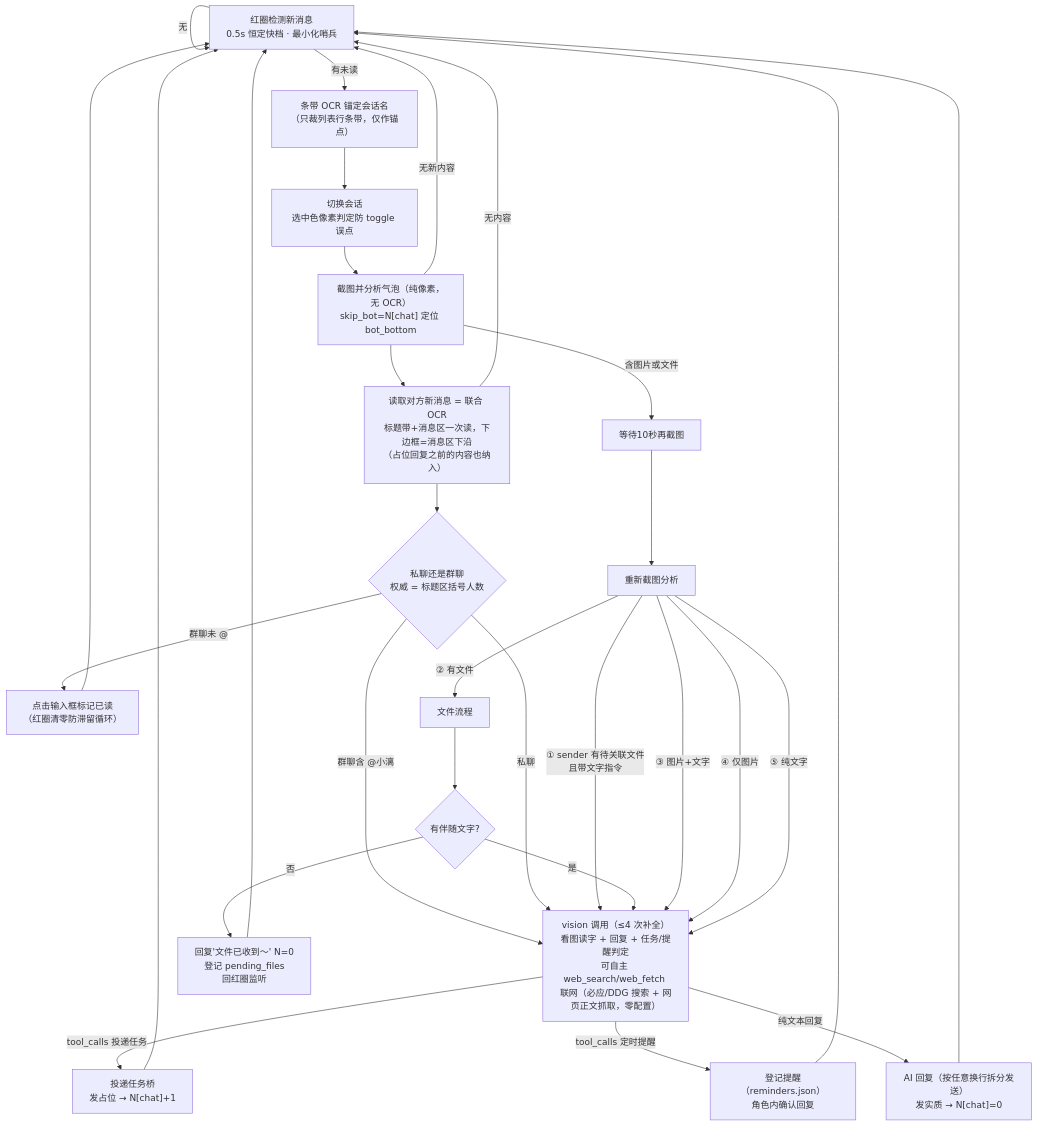
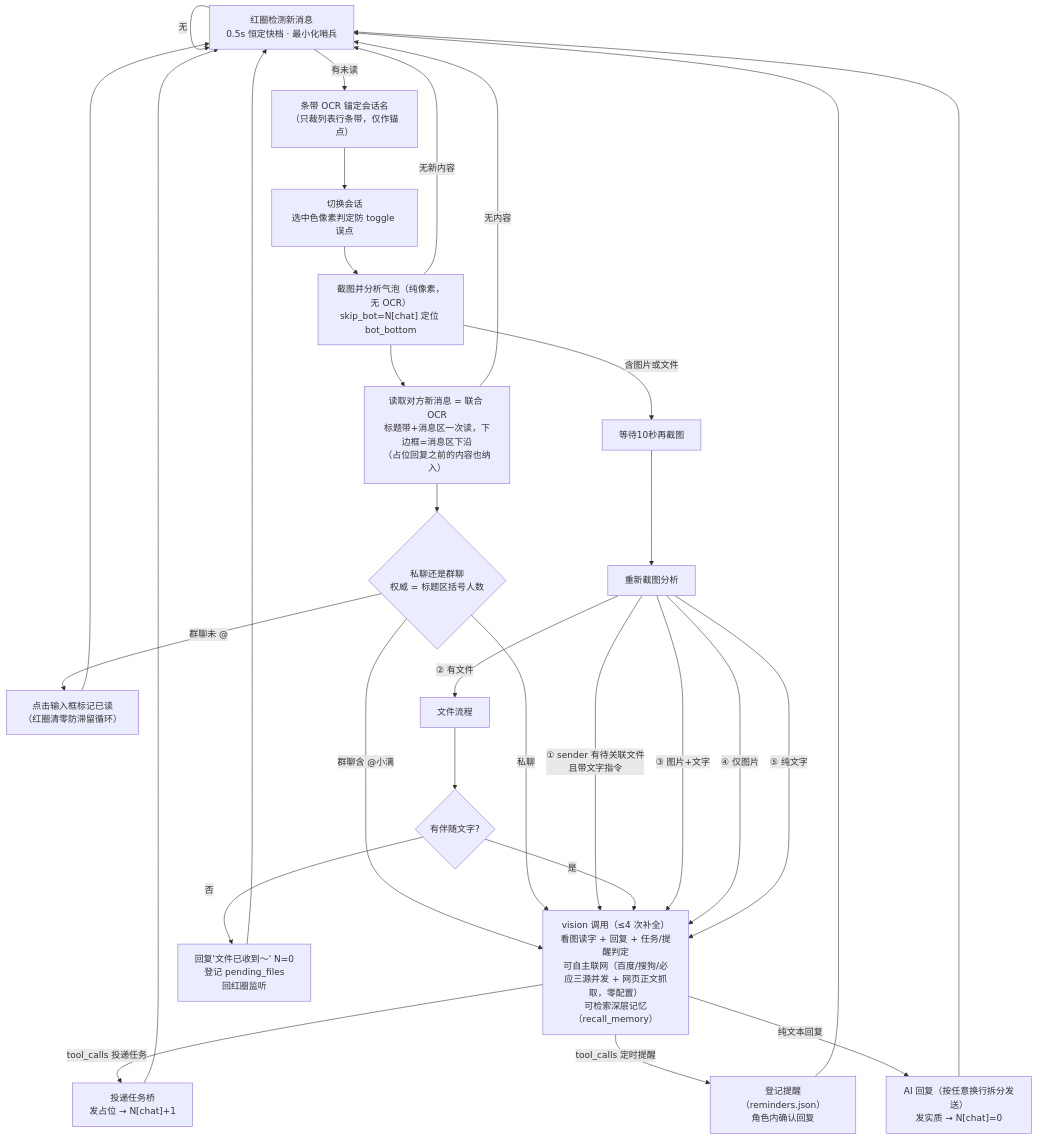
One commit to wens6515/weixin-wechat-wxauto-ocr-xiaoli changed the diagram in README.md. Above: the diagram before and after it, drawn with Mermaid. The commit also changed other lines of this file and 1 other file, not shown here.

Commit message:
docs: 版本号升 2.5.0「长记忆」（README 标题/安装包/下载链接/功能/flowchart/技术边界 + 新增 v2.5.0 更新记录）

````diff
--- a/README.md
+++ b/README.md
@@ -51,33 +53,33 @@
 ```mermaid
 flowchart TD
     A["红圈检测新消息<br/>0.5s 恒定快档 · 最小化哨兵"] -->|无| A
     A -->|有未读| B0["条带 OCR 锚定会话名<br/>（只裁列表行条带，仅作锚点）"]
     B0 --> B["切换会话<br/>选中色像素判定防 toggle 误点"]
     B --> D["截图并分析气泡（纯像素，无 OCR）<br/>skip_bot=N[chat] 定位 bot_bottom"]
     D -->|无新内容| A
     D -->|含图片或文件| H["等待10秒再截图"]
     D --> F["读取对方新消息 = 联合 OCR<br/>标题带+消息区一次读，下边框=消息区下沿<br/>（占位回复之前的内容也纳入）"]
     F -->|无内容| A
     F --> C{"私聊还是群聊<br/>权威 = 标题区括号人数"}
     C -->|群聊含 @小漓| I
     C -->|群聊未 @| G0["点击输入框标记已读<br/>（红圈清零防滞留循环）"]
     G0 --> A
     C -->|私聊| I
     H --> L["重新截图分析"]
     L -->|① sender 有待关联文件<br/>且带文字指令| I
     L -->|② 有文件| O["文件流程"]
     O --> T2{"有伴随文字?"}
     T2 -->|是| I
     T2 -->|否| U["回复'文件已收到～' N=0<br/>登记 pending_files<br/>回红圈监听"]
     L -->|③ 图片+文字| I
     L -->|④ 仅图片| I
     L -->|⑤ 纯文字| I
-    I["vision 调用（≤4 次补全）<br/>看图读字 + 回复 + 任务/提醒判定<br/>可自主 web_search/web_fetch 联网（必应/DDG 搜索 + 网页正文抓取，零配置）"]
+    I["vision 调用（≤4 次补全）<br/>看图读字 + 回复 + 任务/提醒判定<br/>可自主联网（百度/搜狗/必应三源并发 + 网页正文抓取，零配置）<br/>可检索深层记忆（recall_memory）"]
     I -->|tool_calls 投递任务| K["投递任务桥<br/>发占位 → N[chat]+1"]
     I -->|tool_calls 定时提醒| R2["登记提醒（reminders.json）<br/>角色内确认回复"]
     I -->|纯文本回复| J["AI 回复（按任意换行拆分发送）<br/>发实质 → N[chat]=0"]
     U --> A
     K --> A
     R2 --> A
     J --> A
 ```
````
